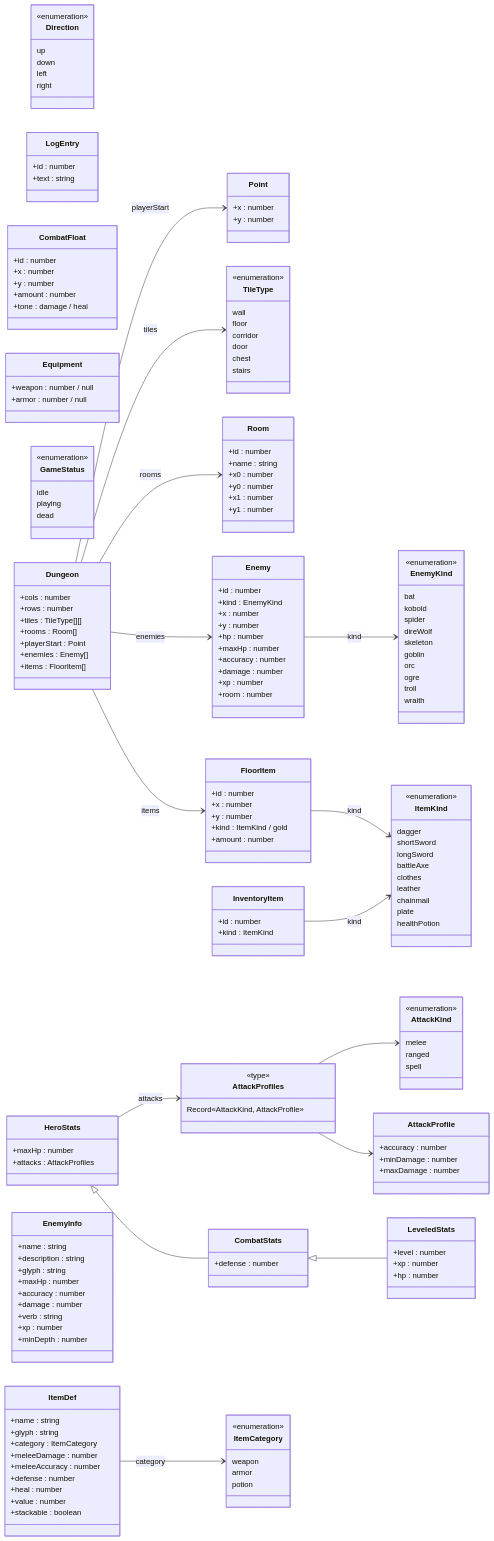
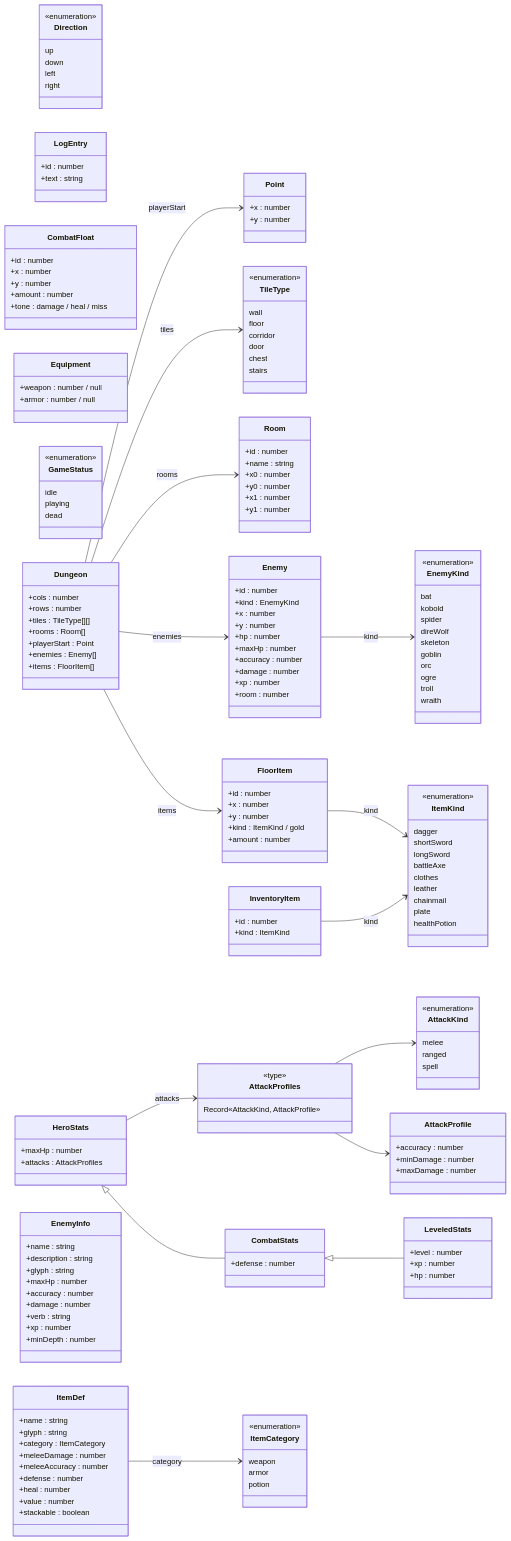
The first of 4 diagrams in docs/DOMAIN_MODEL.md (norarcasey/legends-of-noragon), drawn with Mermaid before and after one commit. The commit also changed other lines of this file and 10 other files, not shown here.

```diff
--- a/docs/DOMAIN_MODEL.md
+++ b/docs/DOMAIN_MODEL.md
@@ -68,7 +68,7 @@
     +x : number
     +y : number
     +amount : number
-    +tone : damage / heal
+    +tone : damage / heal / miss
   }
   class InventoryItem {
     +id : number
```
